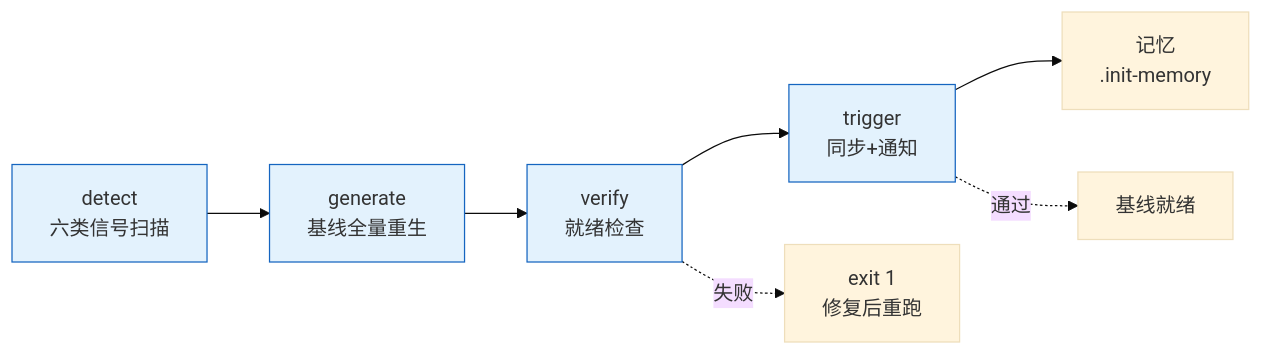
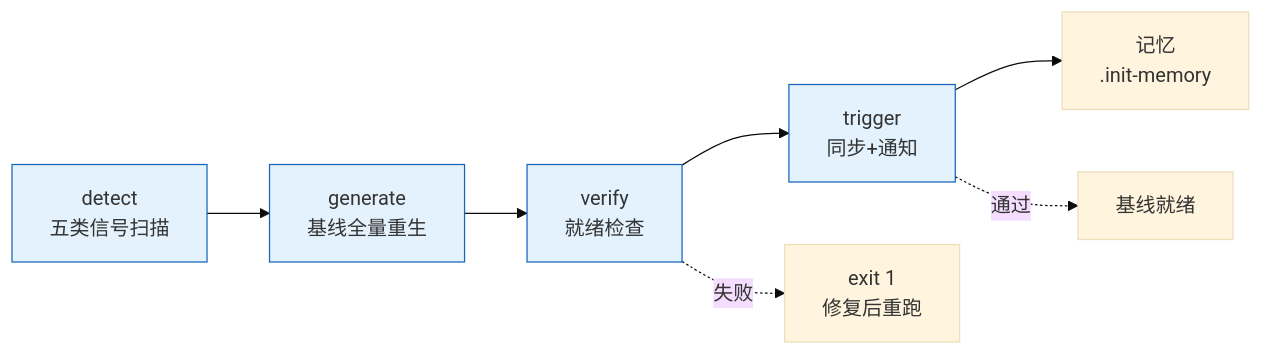
Before and after one commit to effiy/YrY: the second of 8 diagrams in skills/rui/SKILL.md, drawn with Mermaid (base theme). The commit also changed other lines of this file and 25 other files, not shown here.

````diff
--- a/skills/rui/SKILL.md
+++ b/skills/rui/SKILL.md
@@ -105,7 +103,7 @@
 ```mermaid
 flowchart LR
-    P1[detect<br/>六类信号扫描]:::s --> P2[generate<br/>基线全量重生]:::s --> P3[verify<br/>就绪检查]:::s --> P4[trigger<br/>同步+通知]:::s --> P5[记忆<br/>.init-memory]
+    P1[detect<br/>五类信号扫描]:::s --> P2[generate<br/>基线全量重生]:::s --> P3[verify<br/>就绪检查]:::s --> P4[trigger<br/>同步+通知]:::s --> P5[记忆<br/>.init-memory]
     P3 -.失败.-> Fix[exit 1<br/>修复后重跑]
     P4 -.通过.-> Ready[基线就绪]
     classDef s fill:#e3f2fd,stroke:#1565c0;
 ```
````
